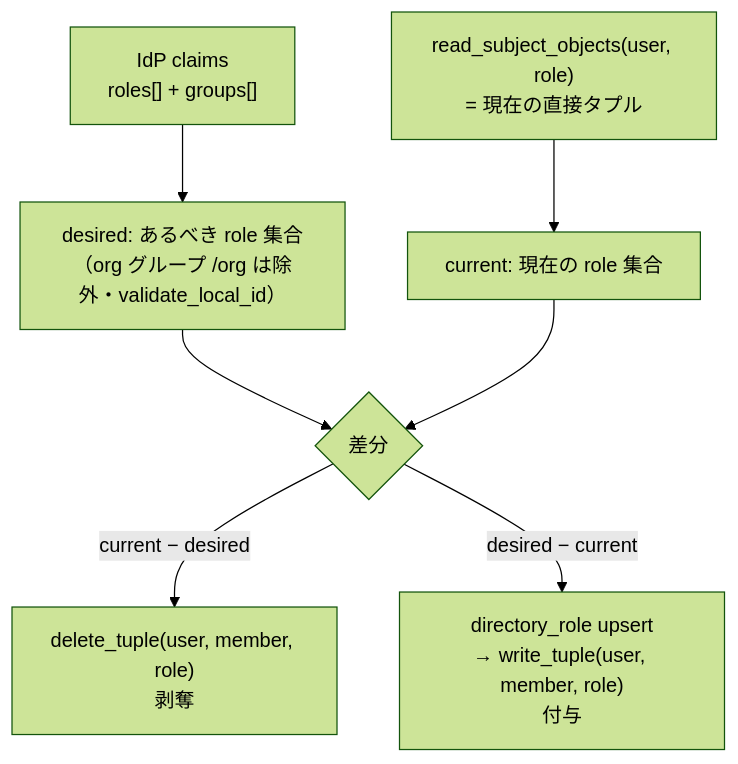
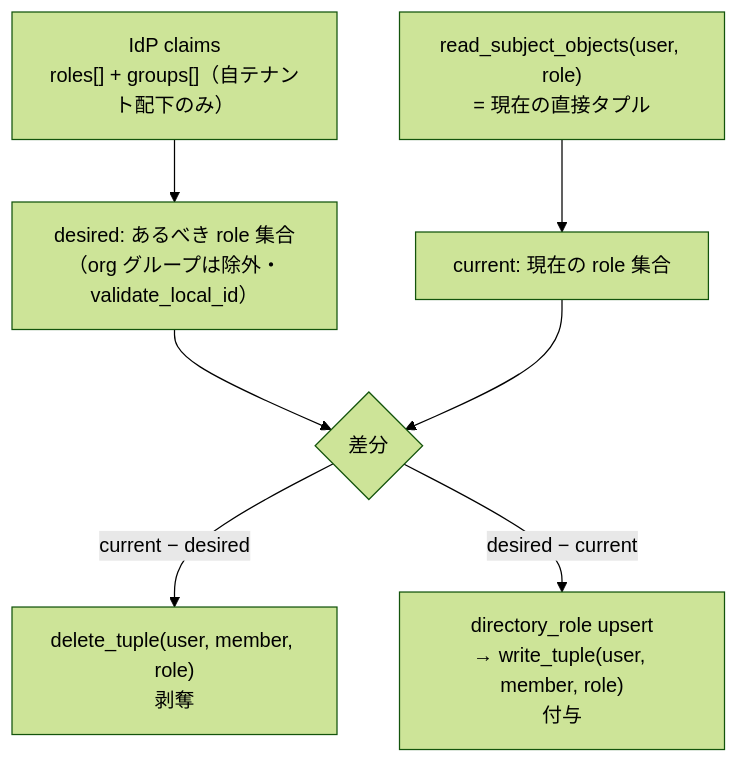
Before and after one commit to imanect-labs/shiki-platform: diagram 15 of 16 in docs/auth/rebac-authorization-guide.md, drawn with Mermaid (forest theme). The commit also changed other lines of this file and 26 other files, not shown here.

````diff
--- a/docs/auth/rebac-authorization-guide.md
+++ b/docs/auth/rebac-authorization-guide.md
@@ -801,9 +808,9 @@
 ```mermaid
 flowchart TB
-  claims["IdP claims<br/>roles[] + groups[]"] --> desired["desired: あるべき role 集合<br/>（org グループ /org は除外・validate_local_id）"]
+  claims["IdP claims<br/>roles[] + groups[]（自テナント配下のみ）"] --> desired["desired: あるべき role 集合<br/>（org グループは除外・validate_local_id）"]
   fga["read_subject_objects(user, role)<br/>= 現在の直接タプル"] --> current["current: 現在の role 集合"]
   desired --> diff{差分}
   current --> diff
   diff -->|"current − desired"| revoke["delete_tuple(user, member, role)<br/>剥奪"]
   diff -->|"desired − current"| grant["directory_role upsert<br/>→ write_tuple(user, member, role)<br/>付与"]
 ```
````
